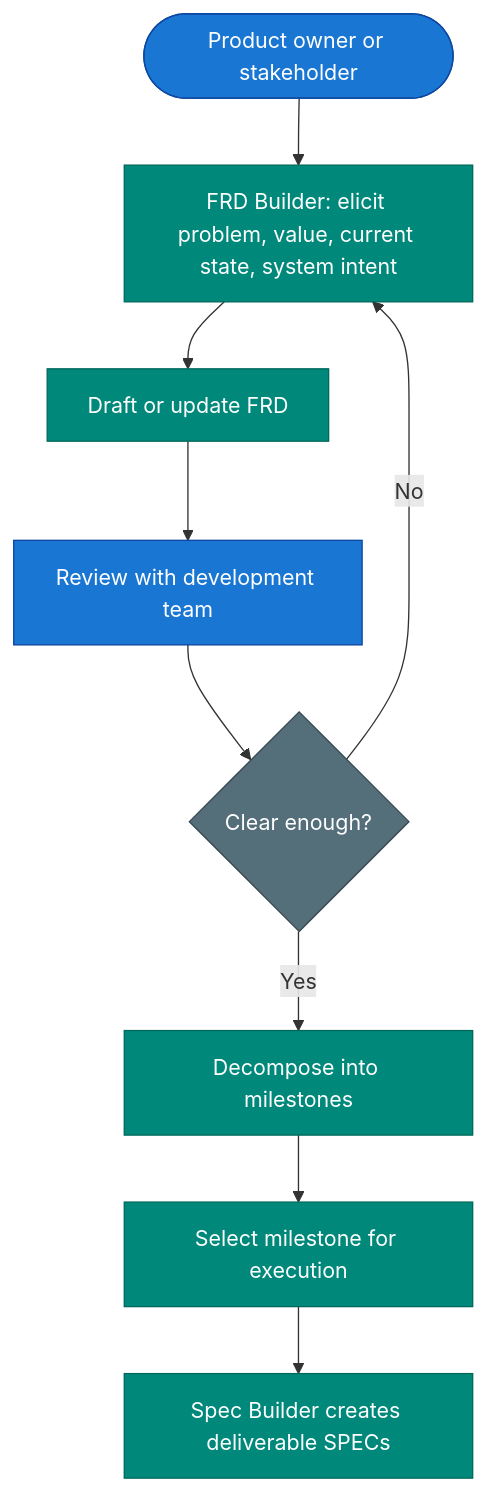
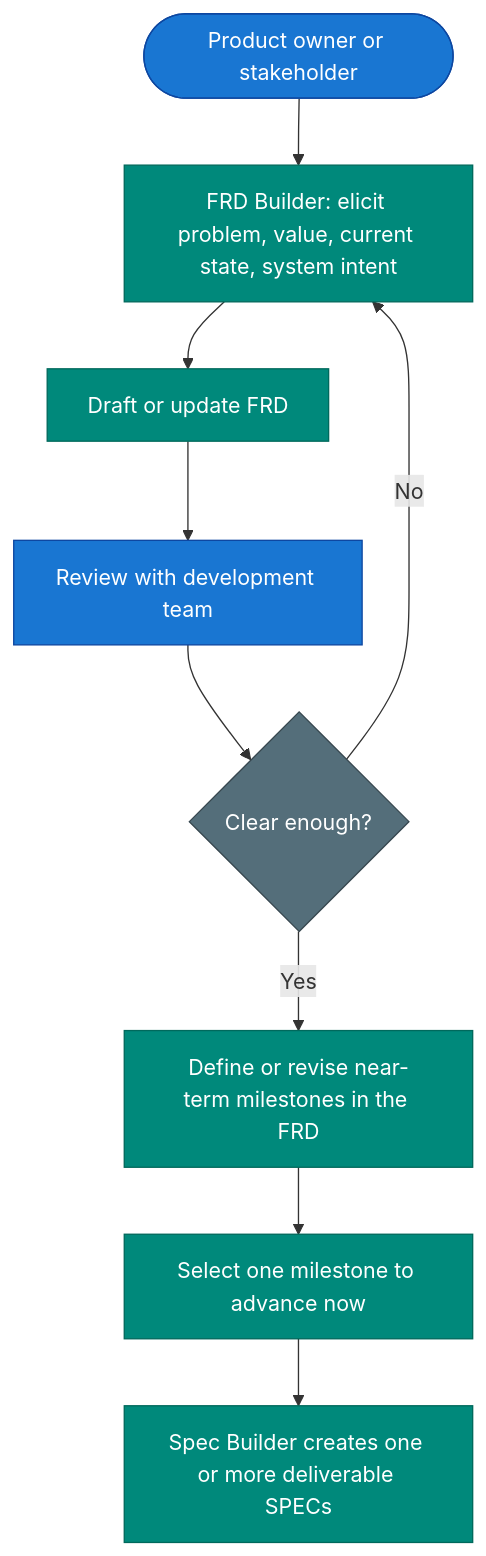
The second of 3 diagrams in zazz-framework.md (zazzcode/zazz-skills), drawn with Mermaid before and after one commit. The commit also changed other lines of this file, not shown here.

Commit message:
Clarify FRD milestone planning model

````diff
--- a/zazz-framework.md
+++ b/zazz-framework.md
@@ -353,18 +363,18 @@
 ```mermaid
 flowchart TD
     A([Product owner or stakeholder]) --> B[FRD Builder: elicit problem, value, current state, system intent]
     B --> C[Draft or update FRD]
     C --> D[Review with development team]
     D --> E{Clear enough?}
     E -->|No| B
-    E -->|Yes| F[Decompose into milestones]
-    F --> G[Select milestone for execution]
-    G --> H[Spec Builder creates deliverable SPECs]
+    E -->|Yes| F[Define or revise near-term milestones in the FRD]
+    F --> G[Select one milestone to advance now]
+    G --> H[Spec Builder creates one or more deliverable SPECs]
 
     classDef human fill:#1976d2,stroke:#0d47a1,color:#fff
     classDef agent fill:#00897b,stroke:#00695c,color:#fff
     classDef decision fill:#546e7a,stroke:#37474f,color:#fff
     class A,D human
     class B,C,F,G,H agent
     class E decision
 ```
````
